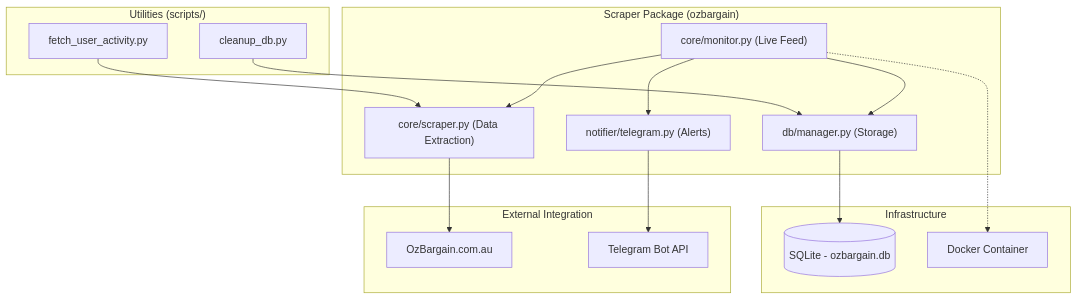
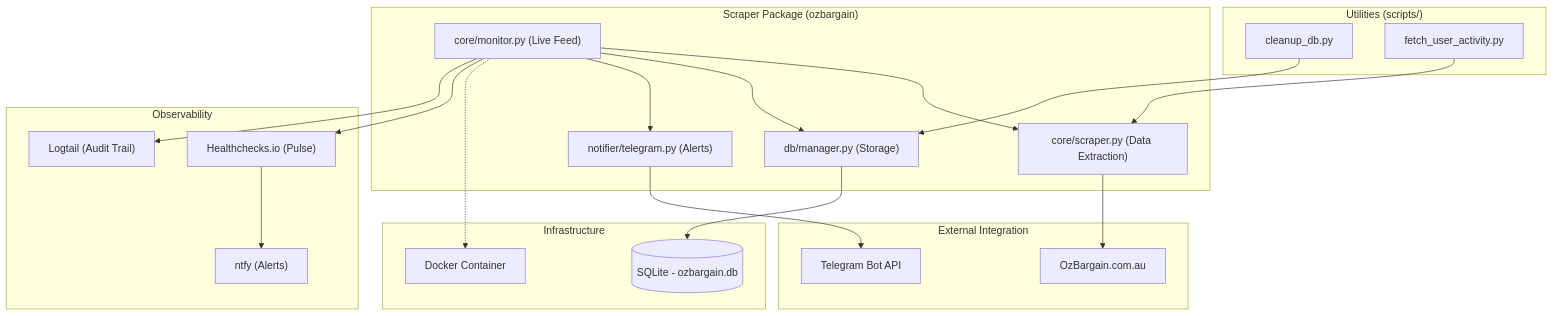
Before and after one commit to shannondussoye/ozbargainer: the diagram in README.md, drawn with Mermaid. The commit also changed other lines of this file and 9 other files, not shown here.

````diff
--- a/README.md
+++ b/README.md
@@ -9,23 +9,28 @@
 ```mermaid
 graph TD
     subgraph "Scraper Package (ozbargain)"
         M["core/monitor.py (Live Feed)"] --> S["core/scraper.py (Data Extraction)"]
         M --> DB["db/manager.py (Storage)"]
         M --> T["notifier/telegram.py (Alerts)"]
     end
 
     subgraph "Infrastructure"
         DB --> SL[(SQLite - ozbargain.db)]
         M -.-> Docker[Docker Container]
     end
-
     subgraph "External Integration"
         S --> OZ["OzBargain.com.au"]
         T --> TG["Telegram Bot API"]
+    end
+
+    subgraph "Observability"
+        M --> HC["Healthchecks.io (Pulse)"]
+        M --> LT["Logtail (Audit Trail)"]
+        HC --> NT["ntfy (Alerts)"]
     end
 
     subgraph "Utilities (scripts/)"
         CU["cleanup_db.py"] --> DB
         FU["fetch_user_activity.py"] --> S
     end
 ```
````
